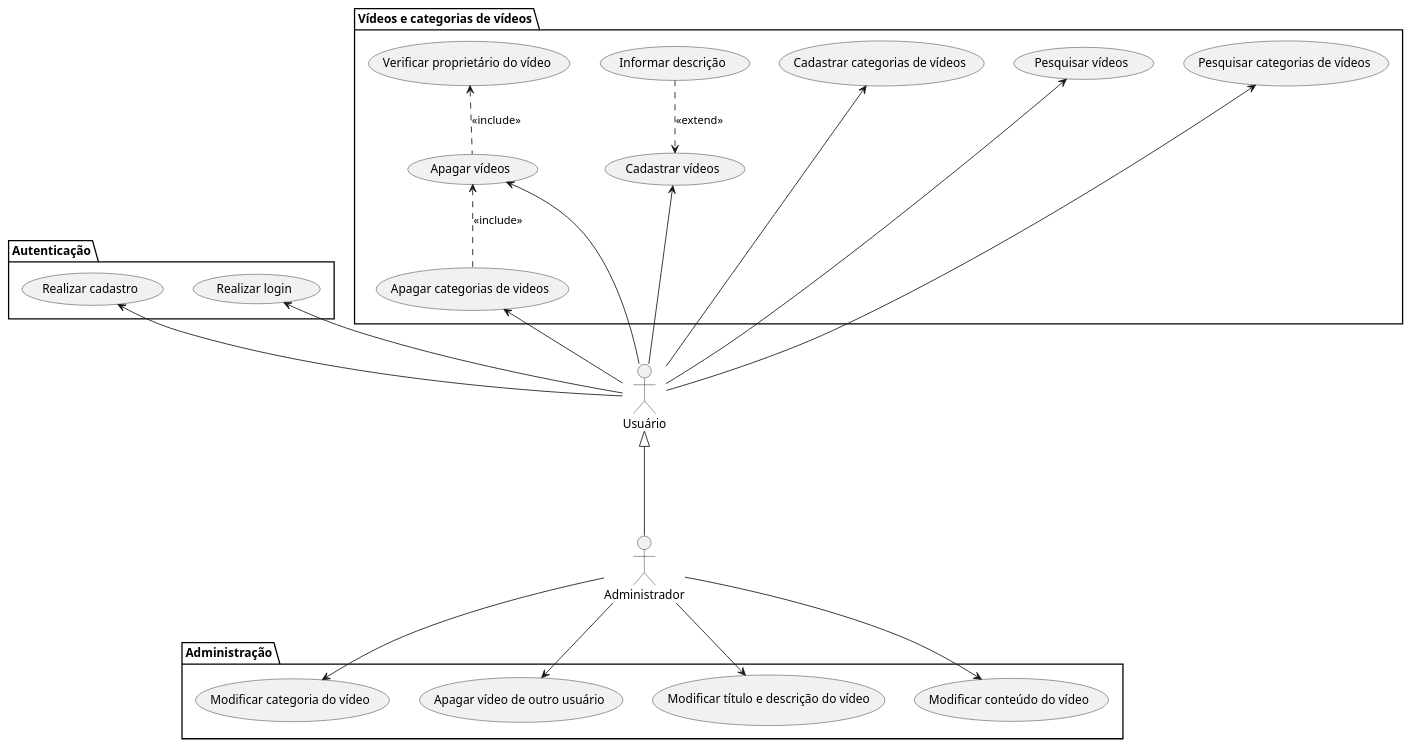
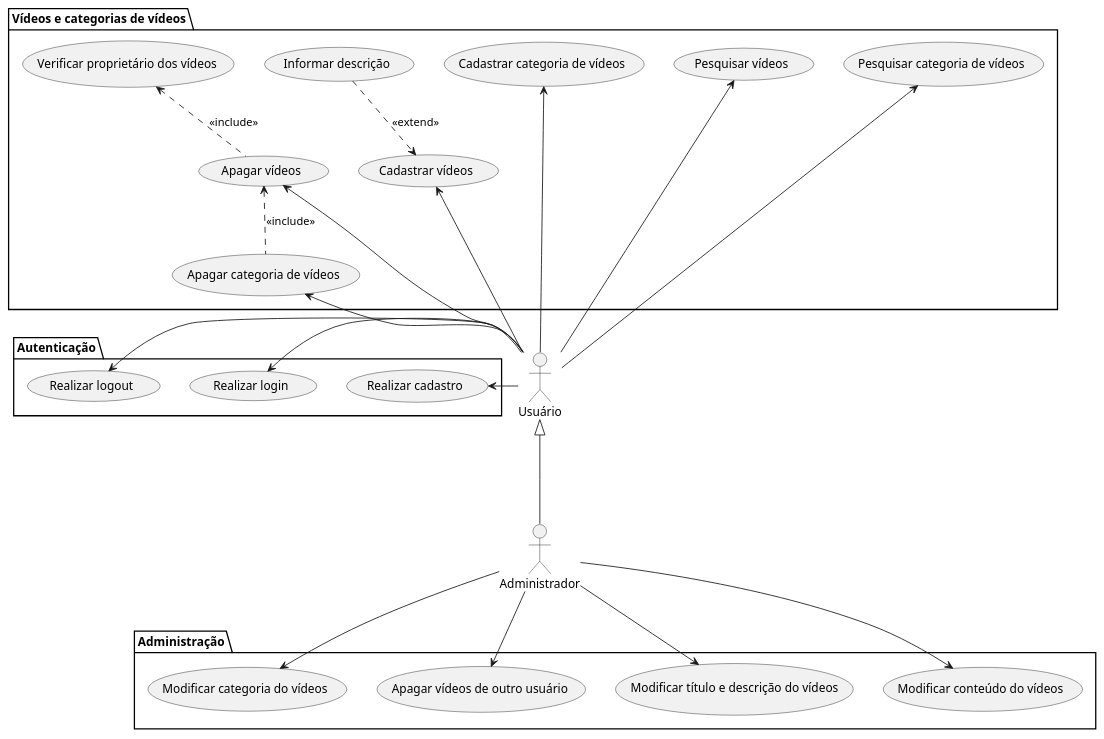
Before and after one commit to MurylloEx/DevFlix-PSW: the diagram in DevFlix.puml, drawn with PlantUML.

```diff
--- a/DevFlix.puml
+++ b/DevFlix.puml
@@ -1,60 +1,63 @@
 @startuml DevFlix
 skinparam Style strictuml
 
 :Usuário: as usuario
 :Administrador: as administrador
 
 
 /' Casos de uso do usuário '/
 package Autenticação {
+    (Realizar logout) as logout
     (Realizar cadastro) as cadastro
     (Realizar login) as login
 }
 package "Vídeos e categorias de vídeos" {
     (Apagar vídeos) as apagarv
     (Pesquisar vídeos) as pesqv
     (Cadastrar vídeos) as cadv
     (Informar descrição) as infdesc
-    (Pesquisar categorias de vídeos) as pesqcatv
-    (Cadastrar categorias de vídeos) as cadcatv
-    (Apagar categorias de videos) as apgcatv
-    (Verificar proprietário do vídeo) as verifprop
+    (Pesquisar categoria de vídeos) as pesqcatv
+    (Cadastrar categoria de vídeos) as cadcatv
+    (Apagar categoria de vídeos) as apgcatv
+    (Verificar proprietário dos vídeos) as verifprop
 }
 
 
 /' Casos de uso do administrador '/
 package Administração {
-    (Modificar categoria do vídeo) as modcatv
-    (Modificar conteúdo do vídeo) as modcontv
-    (Apagar vídeo de outro usuário) as apgvout
-    (Modificar título e descrição do vídeo) as modtitdesc
+    (Modificar categoria do vídeos) as modcatv
+    (Modificar conteúdo do vídeos) as modcontv
+    (Apagar vídeos de outro usuário) as apgvout
+    (Modificar título e descrição do vídeos) as modtitdesc
 }
 
 
 /' Generalização dos atores '/
 usuario <|-down-- administrador
 
 /' Associação dos casos de uso do usuário '/
 usuario -up-> cadv
 usuario -up-> pesqcatv
 usuario -up-> apgcatv
 usuario -up-> pesqv
 usuario -up-> cadcatv
+usuario -up-> apagarv
+
 usuario -up-> login
-usuario -up-> apagarv
-usuario -up-> cadastro
+usuario -left-> cadastro
+usuario -down-> logout
 
 
 /' Include e Extend dos casos de uso do usuário '/
 apagarv .up.> verifprop : <<include>>
 apgcatv .up.> apagarv : <<include>>
 infdesc .down.> cadv : <<extend>>
 
 
 /' Associação dos casos de uso do administrador '/
 administrador -right-> modcatv
 administrador -left-> modcontv
 administrador -down-> apgvout
 administrador -down-> modtitdesc
 
 @enduml
```
